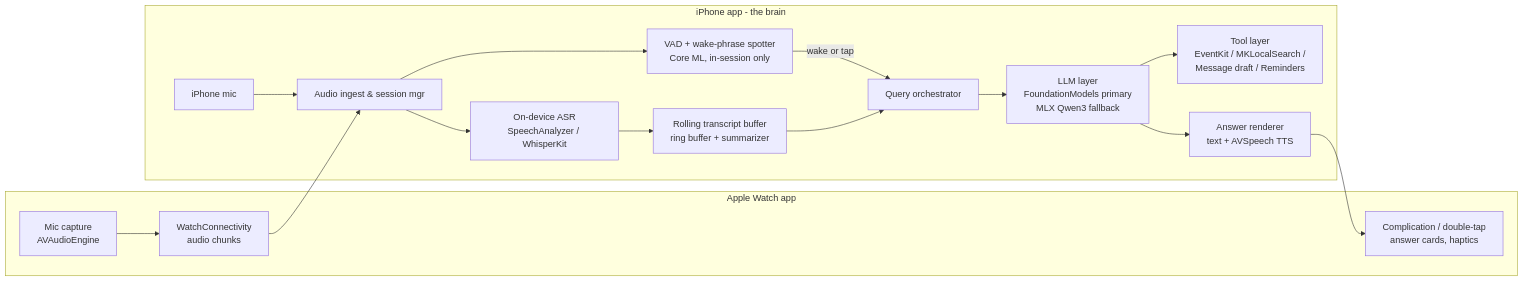
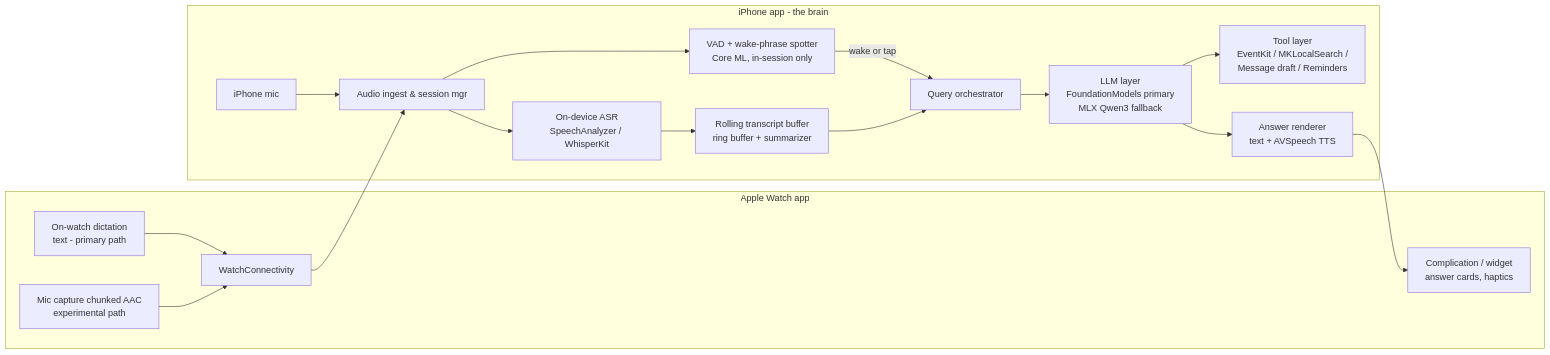
Before and after one commit to ethHong/AI-Agent-Market-Research-Analysis: the diagram in docs/saturday/04-architecture.md, drawn with Mermaid. The commit also changed other lines of this file and 5 other files, not shown here.

````diff
--- a/docs/saturday/04-architecture.md
+++ b/docs/saturday/04-architecture.md
@@ -8,20 +7,21 @@
 ```mermaid
 flowchart LR
   subgraph Watch[Apple Watch app]
-    WMic[Mic capture\nAVAudioEngine] --> WCx[WatchConnectivity\naudio chunks]
-    WUI[Complication / double-tap\nanswer cards, haptics]
+    WDict[On-watch dictation\ntext - primary path] --> WCx[WatchConnectivity]
+    WMic[Mic capture chunked AAC\nexperimental path] --> WCx
+    WUI[Complication / widget\nanswer cards, haptics]
   end
   subgraph iPhone[iPhone app - the brain]
     WCx --> Ingest[Audio ingest & session mgr]
     PMic[iPhone mic] --> Ingest
     Ingest --> VAD[VAD + wake-phrase spotter\nCore ML, in-session only]
     Ingest --> ASR[On-device ASR\nSpeechAnalyzer / WhisperKit]
     ASR --> Buf[Rolling transcript buffer\nring buffer + summarizer]
     VAD -->|wake or tap| Orchestrator
     Buf --> Orchestrator[Query orchestrator]
     Orchestrator --> LLM[LLM layer\nFoundationModels primary\nMLX Qwen3 fallback]
     LLM --> Tools[Tool layer\nEventKit / MKLocalSearch /\nMessage draft / Reminders]
     LLM --> Answer[Answer renderer\ntext + AVSpeech TTS]
     Answer --> WUI
   end
 ```
````
